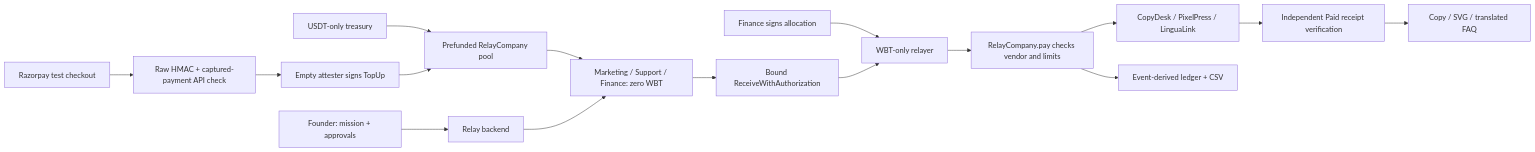
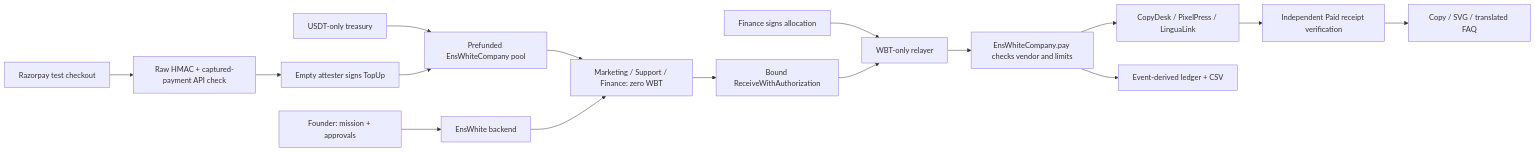
The diagram in docs/architecture.md (swapnilyt1234/enswhite), drawn with Mermaid before and after one commit. The commit also changed other lines of this file and 51 other files, not shown here.

Commit message:
Build EnsWhite ENSv2 directory, delegated operations and gas replenishment

````diff
--- a/docs/architecture.md
+++ b/docs/architecture.md
@@ -3,18 +3,18 @@
 ```mermaid
 flowchart LR
-  Founder[Founder: mission + approvals] --> Backend[Relay backend]
+  Founder[Founder: mission + approvals] --> Backend[EnsWhite backend]
   Razorpay[Razorpay test checkout] --> Webhook[Raw HMAC + captured-payment API check]
   Webhook --> Attester[Empty attester signs TopUp]
-  Treasury[USDT-only treasury] --> Pool[Prefunded RelayCompany pool]
+  Treasury[USDT-only treasury] --> Pool[Prefunded EnsWhiteCompany pool]
   Attester --> Pool
   Finance[Finance signs allocation] --> Relayer[WBT-only relayer]
   Pool --> Departments[Marketing / Support / Finance: zero WBT]
   Backend --> Departments
   Departments --> Auth[Bound ReceiveWithAuthorization]
   Auth --> Relayer
-  Relayer --> Policy[RelayCompany.pay checks vendor and limits]
+  Relayer --> Policy[EnsWhiteCompany.pay checks vendor and limits]
   Policy --> Vendors[CopyDesk / PixelPress / LinguaLink]
   Vendors --> Verify[Independent Paid receipt verification]
   Verify --> Delivery[Copy / SVG / translated FAQ]
   Policy --> Books[Event-derived ledger + CSV]
 ```
````
